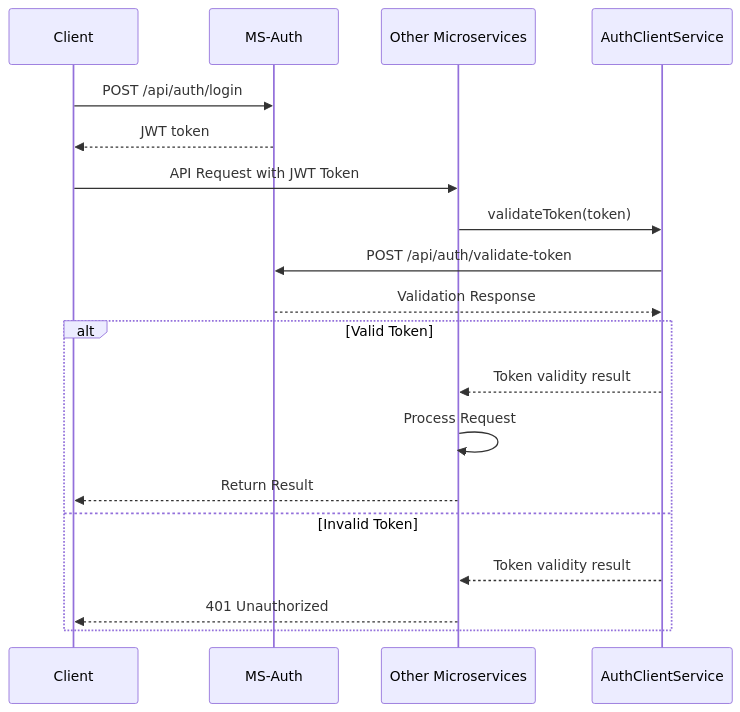
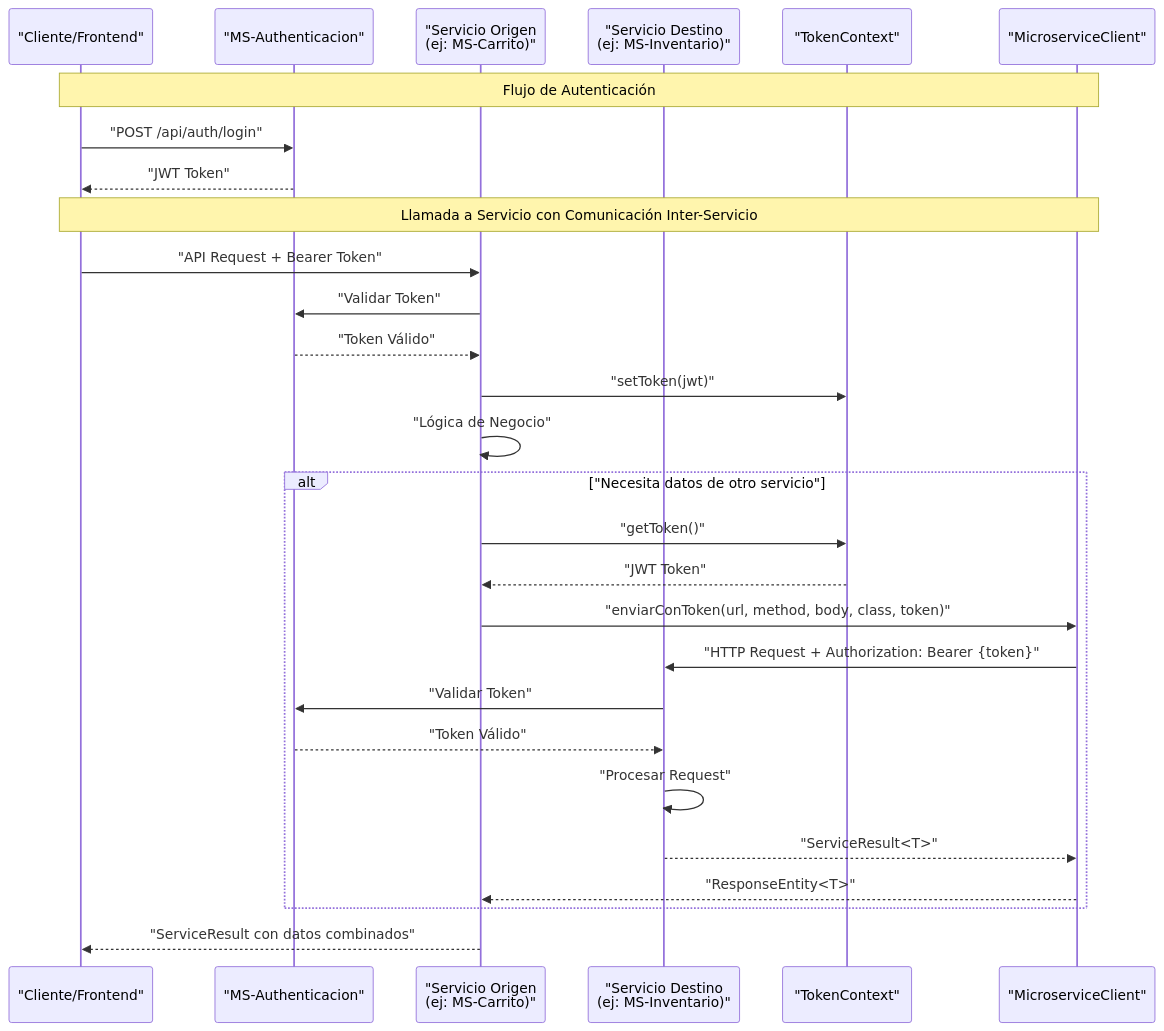
Before and after one commit to ByAncort/backend-perfumeria: the third of 6 diagrams in readme.md, drawn with Mermaid. The commit also changed other lines of this file, not shown here.

````diff
--- a/readme.md
+++ b/readme.md
@@ -25,24 +152,35 @@
 ```mermaid
 sequenceDiagram
-    participant Client
-    participant MS_Auth as MS-Auth
-    participant Other_MS as Other Microservices
-    participant AuthClientService
-
-    Client->>MS_Auth: POST /api/auth/login
-    MS_Auth-->>Client: JWT token
+    participant Client as "Cliente/Frontend"
+    participant AuthMS as "MS-Authenticacion"
+    participant ServiceA as "Servicio Origen<br/>(ej: MS-Carrito)"
+    participant ServiceB as "Servicio Destino<br/>(ej: MS-Inventario)"
+    participant TokenCtx as "TokenContext"
+    participant MicroClient as "MicroserviceClient"
     
-    Client->>Other_MS: API Request with JWT Token
-    Other_MS->>AuthClientService: validateToken(token)
-    AuthClientService->>MS_Auth: POST /api/auth/validate-token
-    MS_Auth-->>AuthClientService: Validation Response
+    Note over Client,MicroClient: Flujo de Autenticación
+    Client->>AuthMS: "POST /api/auth/login"
+    AuthMS-->>Client: "JWT Token"
     
-    alt Valid Token
-        AuthClientService-->>Other_MS: Token validity result
-        Other_MS->>Other_MS: Process Request
-        Other_MS-->>Client: Return Result
-    else Invalid Token
-        AuthClientService-->>Other_MS: Token validity result
-        Other_MS-->>Client: 401 Unauthorized
+    Note over Client,MicroClient: Llamada a Servicio con Comunicación Inter-Servicio
+    Client->>ServiceA: "API Request + Bearer Token"
+    ServiceA->>AuthMS: "Validar Token"
+    AuthMS-->>ServiceA: "Token Válido"
+    
+    ServiceA->>TokenCtx: "setToken(jwt)"
+    ServiceA->>ServiceA: "Lógica de Negocio"
+    
+    alt "Necesita datos de otro servicio"
+        ServiceA->>TokenCtx: "getToken()"
+        TokenCtx-->>ServiceA: "JWT Token"
+        ServiceA->>MicroClient: "enviarConToken(url, method, body, class, token)"
+        MicroClient->>ServiceB: "HTTP Request + Authorization: Bearer {token}"
+        ServiceB->>AuthMS: "Validar Token"
+        AuthMS-->>ServiceB: "Token Válido"
+        ServiceB->>ServiceB: "Procesar Request"
+        ServiceB-->>MicroClient: "ServiceResult<T>"
+        MicroClient-->>ServiceA: "ResponseEntity<T>"
     end
+    
+    ServiceA-->>Client: "ServiceResult con datos combinados"
 ```
````
